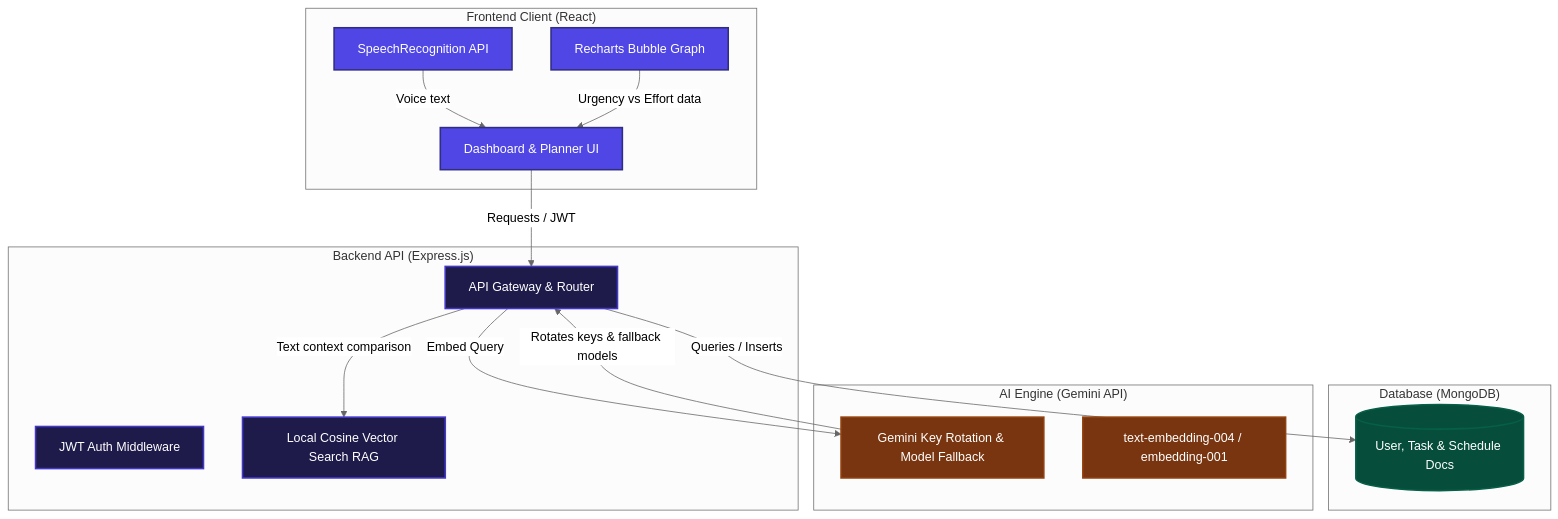
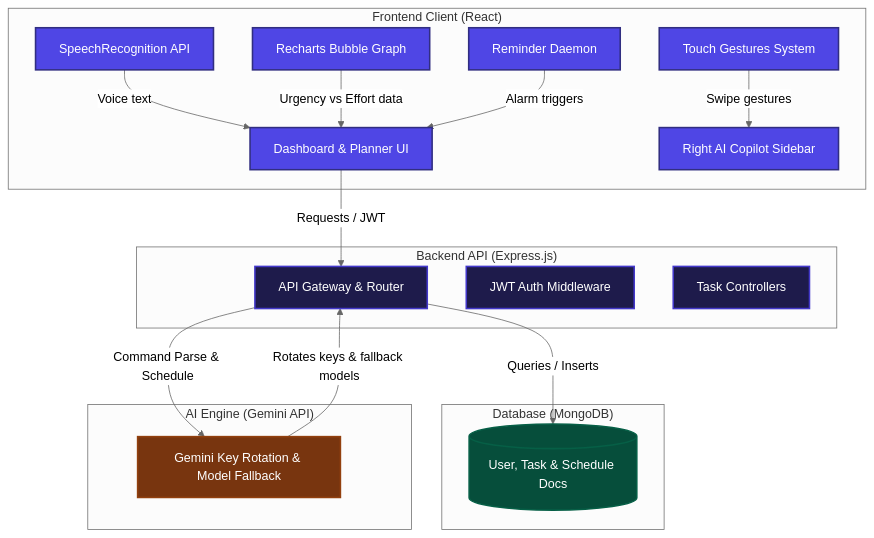
The first of 2 diagrams in README.md (nomaantalib/TASKPing), drawn with Mermaid (neutral theme) before and after one commit. The commit also changed other lines of this file, not shown here.

Commit message:
Update README.md with MVC workflow, interactive right sidebar gestures, and notification fallbacks

````diff
--- a/README.md
+++ b/README.md
@@ -34,36 +29,39 @@
 ```mermaid
 graph TD
     classDef client fill:#4f46e5,stroke:#312e81,stroke-width:2px,color:#ffffff;
     classDef server fill:#1e1b4b,stroke:#4338ca,stroke-width:2px,color:#ffffff;
     classDef db fill:#064e3b,stroke:#065f46,stroke-width:2px,color:#ffffff;
     classDef ai fill:#78350f,stroke:#92400e,stroke-width:2px,color:#ffffff;
 
     subgraph "Frontend Client (React)"
         C[Dashboard & Planner UI]:::client
+        RS[Right AI Copilot Sidebar]:::client
+        TG[Touch Gestures System]:::client
         WS[SpeechRecognition API]:::client
         CH[Recharts Bubble Graph]:::client
+        RD[Reminder Daemon]:::client
     end
 
     subgraph "Backend API (Express.js)"
         S[API Gateway & Router]:::server
         M[JWT Auth Middleware]:::server
-        VS[Local Cosine Vector Search RAG]:::server
+        C_T[Task Controllers]:::server
     end
 
     subgraph "Database (MongoDB)"
         D[(User, Task & Schedule Docs)]:::db
     end
 
     subgraph "AI Engine (Gemini API)"
         G[Gemini Key Rotation & Model Fallback]:::ai
-        EM[text-embedding-004 / embedding-001]:::ai
     end
 
     C -->|Requests / JWT| S
+    TG -->|Swipe gestures| RS
     WS -->|Voice text| C
     S -->|Queries / Inserts| D
-    S -->|Embed Query| G
-    S -->|Text context comparison| VS
+    S -->|Command Parse & Schedule| G
     G -->|Rotates keys & fallback models| S
     CH -->|Urgency vs Effort data| C
+    RD -->|Alarm triggers| C
 ```
````
